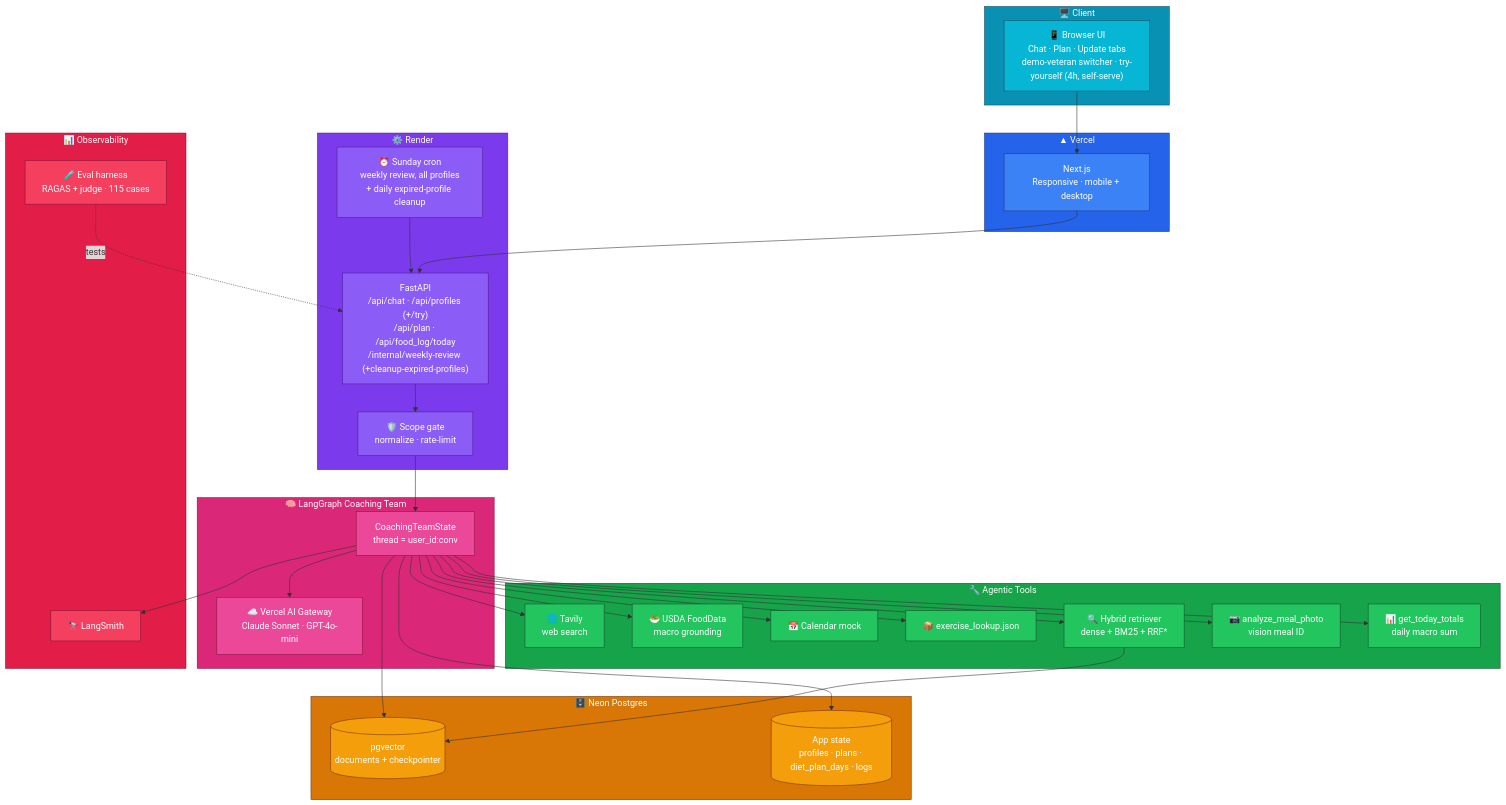
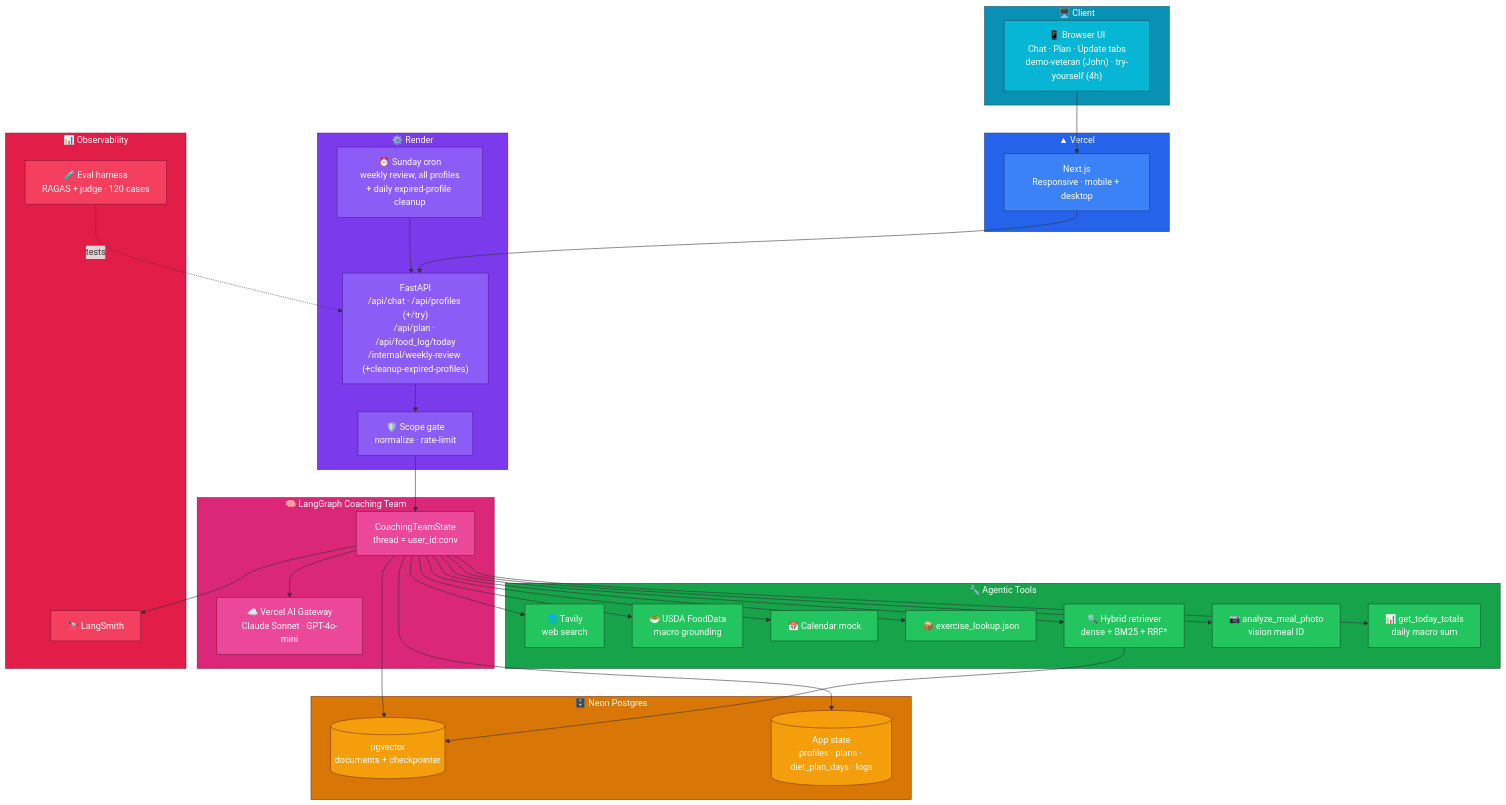
The second of 3 diagrams in deliverables.md (saurabhIU/SteadyFit), drawn with Mermaid before and after one commit. The commit also changed other lines of this file and 19 other files, not shown here.

Commit message:
roadmap.md added plus some bug fixes

````diff
--- a/deliverables.md
+++ b/deliverables.md
@@ -104,78 +105,78 @@
 ```mermaid
 flowchart TD
     subgraph CLIENT["🖥️  Client"]
-        U["📱 Browser UI<br/>Chat · Plan · Update tabs<br/>demo-veteran switcher · try-yourself (4h, self-serve)"]
+        U["📱 Browser UI<br/>Chat · Plan · Update tabs<br/>demo-veteran (John) · try-yourself (4h)"]
     end
 
     subgraph FRONTEND["▲  Vercel"]
         FE["Next.js<br/>Responsive · mobile + desktop"]
     end
 
     subgraph BACKEND["⚙️  Render"]
         API["FastAPI<br/>/api/chat · /api/profiles (+/try)<br/>/api/plan · /api/food_log/today<br/>/internal/weekly-review (+cleanup-expired-profiles)"]
         GATE["🛡️ Scope gate<br/>normalize · rate-limit"]
         CRON["⏰ Sunday cron<br/>weekly review, all profiles<br/>+ daily expired-profile cleanup"]
     end
 
     subgraph AGENTS["🧠  LangGraph Coaching Team"]
         LG["CoachingTeamState<br/>thread = user_id:conv"]
         GW["☁️ Vercel AI Gateway<br/>Claude Sonnet · GPT-4o-mini"]
     end
 
     subgraph TOOLS["🔧  Agentic Tools"]
         TAV["🌐 Tavily<br/>web search"]
         FOOD["🥗 USDA FoodData<br/>macro grounding"]
         CAL["📅 Calendar mock"]
         XL["📦 exercise_lookup.json"]
         RET["🔍 Hybrid retriever<br/>dense + BM25 + RRF*"]
         VIS["📷 analyze_meal_photo<br/>vision meal ID"]
         TOT["📊 get_today_totals<br/>daily macro sum"]
     end
 
     subgraph STORAGE["🗄️  Neon Postgres"]
         PG[("pgvector<br/>documents + checkpointer")]
         APP[("App state<br/>profiles · plans · diet_plan_days · logs")]
     end
 
     subgraph OBS["📊  Observability"]
         LS["🔭 LangSmith"]
-        EV["🧪 Eval harness<br/>RAGAS + judge · 115 cases"]
+        EV["🧪 Eval harness<br/>RAGAS + judge · 120 cases"]
     end
 
     U --> FE --> API
     CRON --> API
     API --> GATE --> LG
     LG --> GW
     LG --> TAV & FOOD & CAL & XL & RET & VIS & TOT
     RET --> PG
     LG --> PG & APP
     LG --> LS
     EV -.->|tests| API
 
     style CLIENT fill:#0891b2,stroke:#164e63,color:#fff
     style FRONTEND fill:#2563eb,stroke:#1e3a8a,color:#fff
     style BACKEND fill:#7c3aed,stroke:#4c1d95,color:#fff
     style AGENTS fill:#db2777,stroke:#831843,color:#fff
     style TOOLS fill:#16a34a,stroke:#14532d,color:#fff
     style STORAGE fill:#d97706,stroke:#78350f,color:#fff
     style OBS fill:#e11d48,stroke:#881337,color:#fff
 
     style U fill:#06b6d4,stroke:#164e63,color:#fff
     style FE fill:#3b82f6,stroke:#1e3a8a,color:#fff
     style API fill:#8b5cf6,stroke:#4c1d95,color:#fff
     style GATE fill:#8b5cf6,stroke:#4c1d95,color:#fff
     style CRON fill:#8b5cf6,stroke:#4c1d95,color:#fff
     style LG fill:#ec4899,stroke:#831843,color:#fff
     style GW fill:#ec4899,stroke:#831843,color:#fff
     style TAV fill:#22c55e,stroke:#14532d,color:#fff
     style FOOD fill:#22c55e,stroke:#14532d,color:#fff
     style CAL fill:#22c55e,stroke:#14532d,color:#fff
     style XL fill:#22c55e,stroke:#14532d,color:#fff
     style RET fill:#22c55e,stroke:#14532d,color:#fff
     style VIS fill:#22c55e,stroke:#14532d,color:#fff
     style TOT fill:#22c55e,stroke:#14532d,color:#fff
     style PG fill:#f59e0b,stroke:#78350f,color:#fff
     style APP fill:#f59e0b,stroke:#78350f,color:#fff
     style LS fill:#f43f5e,stroke:#881337,color:#fff
     style EV fill:#f43f5e,stroke:#881337,color:#fff
 ```
````
